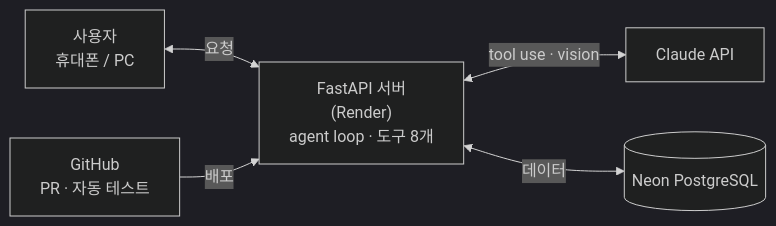
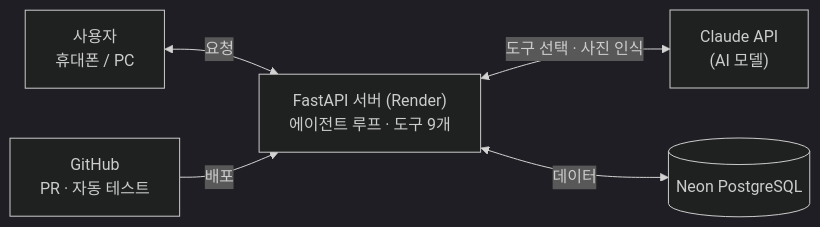
The second of 2 diagrams in README.md (Erdenetogs/fitness-coach-ai-agent-v2), drawn with Mermaid (dark theme) before and after one commit. The commit also changed other lines of this file and 1 other file, not shown here.

````diff
--- a/README.md
+++ b/README.md
@@ -52,7 +100,7 @@
 ```mermaid
 flowchart LR
-    U["사용자<br/>휴대폰 / PC"] <-->|요청| S["FastAPI 서버<br/>(Render)<br/>agent loop · 도구 8개"]
-    S <-->|tool use · vision| C["Claude API"]
+    U["사용자<br/>휴대폰 / PC"] <-->|요청| S["FastAPI 서버 (Render)<br/>에이전트 루프 · 도구 9개"]
+    S <-->|도구 선택 · 사진 인식| C["Claude API<br/>(AI 모델)"]
     S <-->|데이터| D[("Neon PostgreSQL")]
     G["GitHub<br/>PR · 자동 테스트"] -->|배포| S
 ```
````
